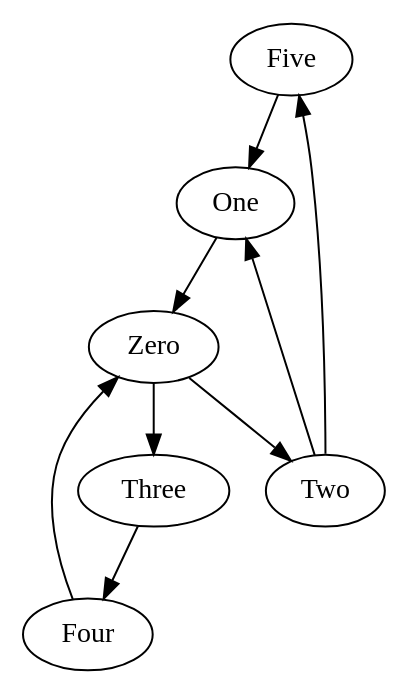
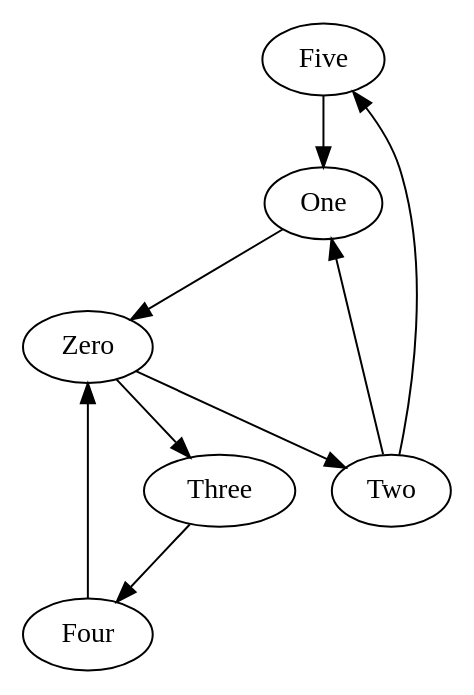
Before and after one commit to Georgilqlq/city_map_project: the diagram in project/Graph.dot, drawn with Graphviz. The commit also changed 2 other files, not shown here.

Commit message:
made the graph image "better"

```diff
--- a/project/Graph.dot
+++ b/project/Graph.dot
@@ -1,10 +1,10 @@
 digraph visual{
-Five->One;
-Four->Zero;
-One->Zero;
-Three->Four;
-Two->Five;
-Two->One;
-Zero->Three;
-Zero->Two;
+Five->One[weight=100];
+Four->Zero[weight=72];
+One->Zero[weight=10];
+Three->Four[weight=19];
+Two->Five[weight=31];
+Two->One[weight=41];
+Zero->Three[weight=15];
+Zero->Two[weight=11];
 }
```
